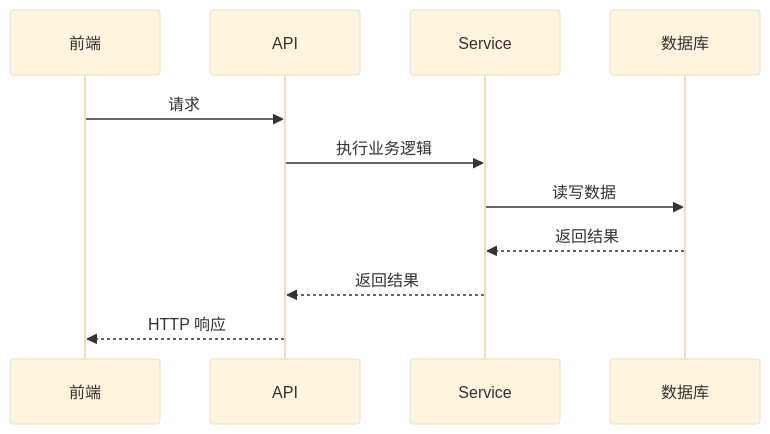
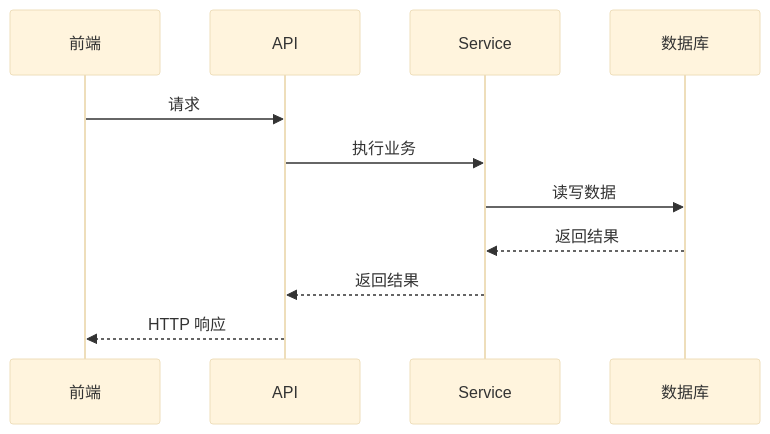
The diagram in templates/sequence.mmd (delong6/software-architecture-intelligence), drawn with Mermaid (base theme) before and after one commit. The commit also changed 14 other files, not shown here.

Commit message:
新增.architecture-state.json

```diff
--- a/templates/sequence.mmd
+++ b/templates/sequence.mmd
@@ -1,12 +1,12 @@
 sequenceDiagram
     participant FE as 前端
     participant API as API
     participant S as Service
     participant DB as 数据库
 
     FE->>API: 请求
-    API->>S: 执行业务逻辑
+    API->>S: 执行业务
     S->>DB: 读写数据
     DB-->>S: 返回结果
     S-->>API: 返回结果
     API-->>FE: HTTP 响应
```
